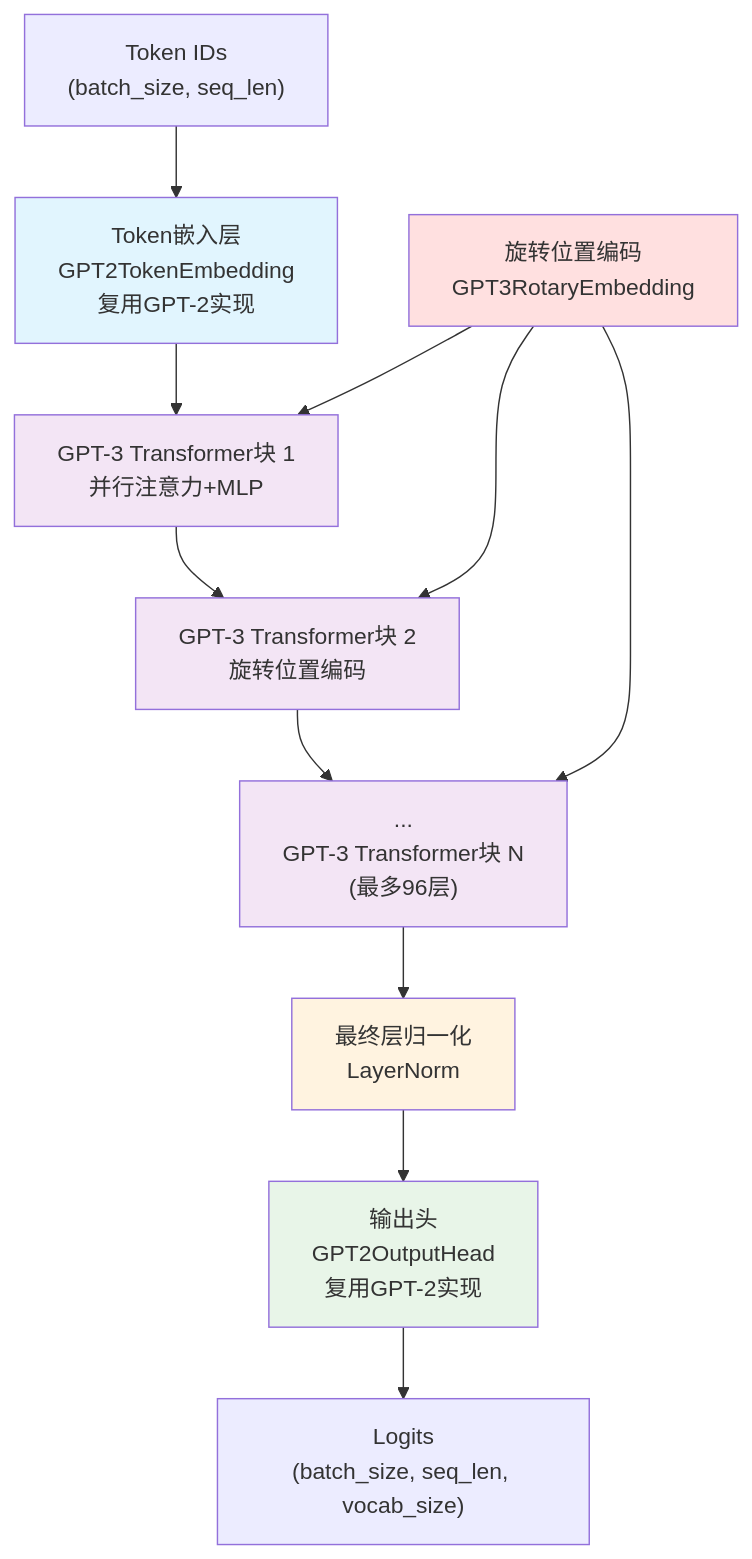
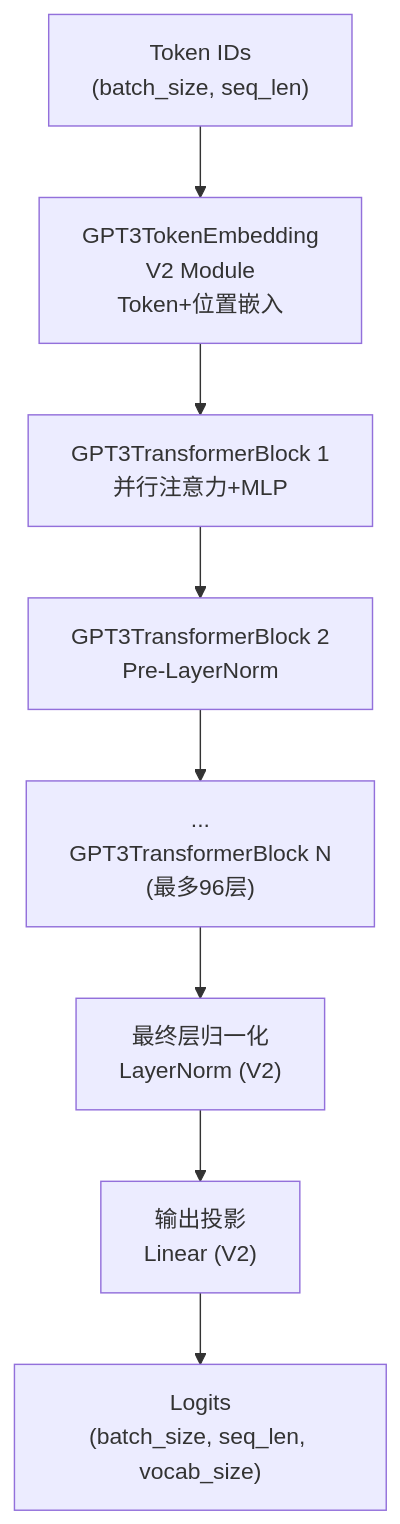
The first of 5 diagrams in tinyai-model/tinyai-model-gpt/doc/gpt3_README.md (JunheJiang/TinyAI), drawn with Mermaid before and after one commit. The commit also changed other lines of this file and 36 other files, not shown here.

````diff
--- a/tinyai-model/tinyai-model-gpt/doc/gpt3_README.md
+++ b/tinyai-model/tinyai-model-gpt/doc/gpt3_README.md
@@ -42,22 +77,10 @@
 ```mermaid
 graph TB
-    Input["Token IDs<br/>(batch_size, seq_len)"] --> TokenEmbed["Token嵌入层<br/>GPT2TokenEmbedding<br/>复用GPT-2实现"]
-    TokenEmbed --> TransBlock1["GPT-3 Transformer块 1<br/>并行注意力+MLP"]
-    TransBlock1 --> TransBlock2["GPT-3 Transformer块 2<br/>旋转位置编码"]
-    TransBlock2 --> TransBlockN["...<br/>GPT-3 Transformer块 N<br/>(最多96层)"]
-    TransBlockN --> FinalLN["最终层归一化<br/>LayerNorm"]
-    FinalLN --> OutputHead["输出头<br/>GPT2OutputHead<br/>复用GPT-2实现"]
-    OutputHead --> Output["Logits<br/>(batch_size, seq_len, vocab_size)"]
-    
-    RoPE["旋转位置编码<br/>GPT3RotaryEmbedding"] --> TransBlock1
-    RoPE --> TransBlock2
-    RoPE --> TransBlockN
-    
-    style TokenEmbed fill:#e1f5fe
-    style TransBlock1 fill:#f3e5f5
-    style TransBlock2 fill:#f3e5f5
-    style TransBlockN fill:#f3e5f5
-    style FinalLN fill:#fff3e0
-    style OutputHead fill:#e8f5e8
-    style RoPE fill:#ffe0e0
+    Input["Token IDs<br/>(batch_size, seq_len)"] --> TokenEmbed["GPT3TokenEmbedding<br/>V2 Module<br/>Token+位置嵌入"]
+    TokenEmbed --> TransBlock1["GPT3TransformerBlock 1<br/>并行注意力+MLP"]
+    TransBlock1 --> TransBlock2["GPT3TransformerBlock 2<br/>Pre-LayerNorm"]
+    TransBlock2 --> TransBlockN["...<br/>GPT3TransformerBlock N<br/>(最多96层)"]
+    TransBlockN --> FinalLN["最终层归一化<br/>LayerNorm (V2)"]
+    FinalLN --> OutputProj["输出投影<br/>Linear (V2)"]
+    OutputProj --> Output["Logits<br/>(batch_size, seq_len, vocab_size)"]
 ```
````
